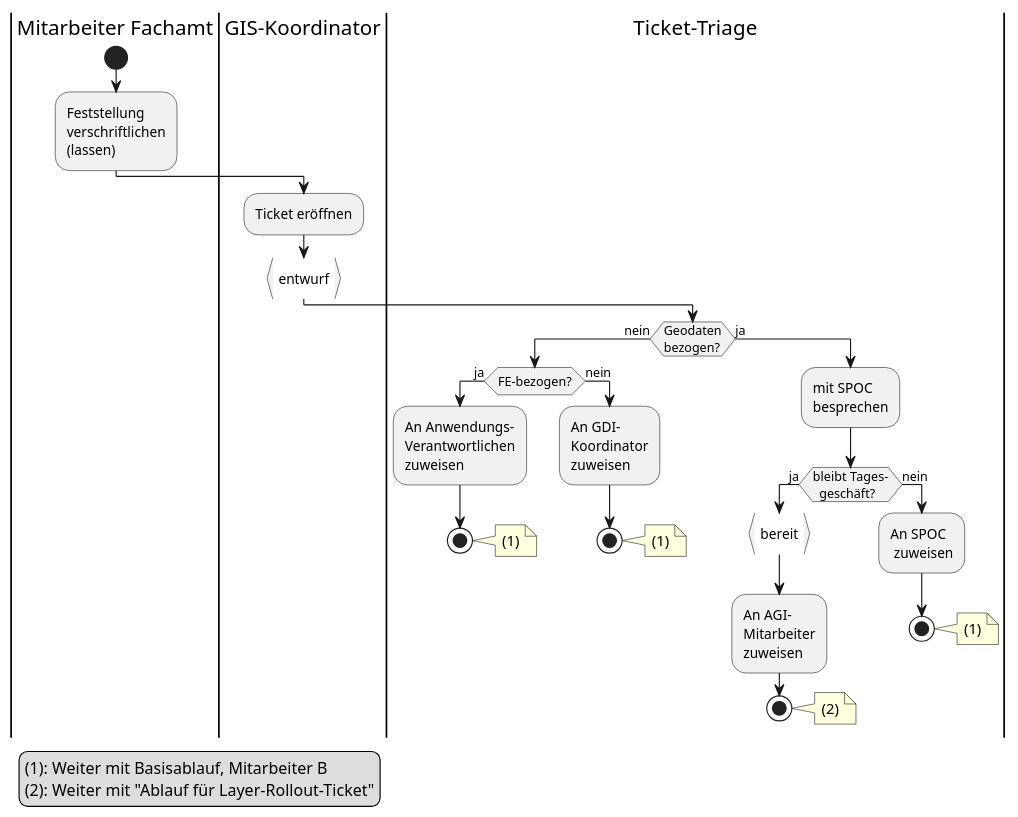
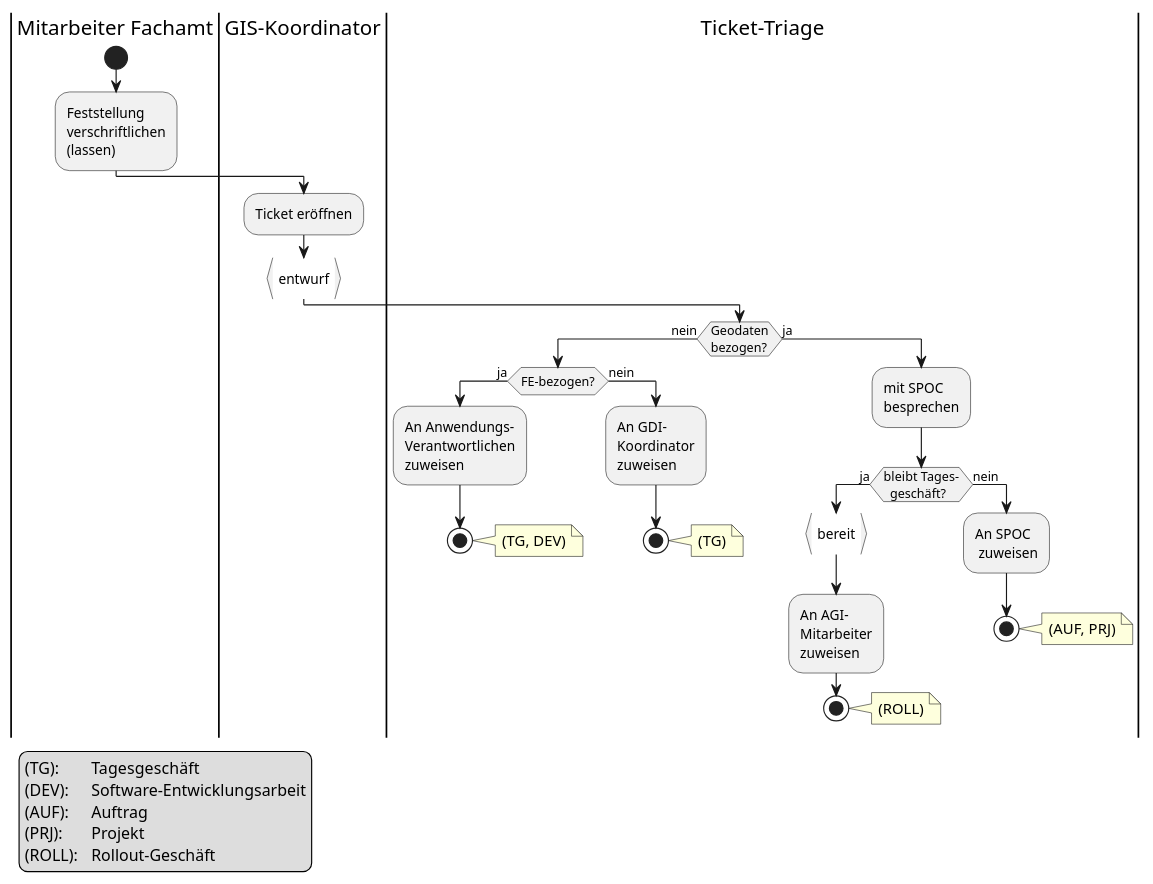
Before and after one commit to ojeker/docktick: the diagram in dok/puml/src/flow_triage.puml, drawn with PlantUML.

Commit message:
Flow clarifications

```diff
--- a/dok/puml/src/flow_triage.puml
+++ b/dok/puml/src/flow_triage.puml
@@ -1,57 +1,60 @@
 @startuml
 |Mitarbeiter Fachamt|
 start
 :Feststellung
 verschriftlichen
 (lassen);
 |GIS-Koordinator|
 :Ticket eröffnen;
 :entwurf}
 |Ticket-Triage|
 if (Geodaten
 bezogen?) then (nein)
   if (FE-bezogen?) then (ja)
     :An Anwendungs-
     Verantwortlichen
     zuweisen;
     stop
     note right
-    	(1)
+    	(TG, DEV)
     end note
   else (nein)
     :An GDI-
     Koordinator
     zuweisen;
     stop
     note right
-    	(1)
+    	(TG)
     end note
   endif
 else (ja)
   :mit SPOC
   besprechen;
   if (bleibt Tages-
   geschäft?) then (ja)
     :bereit}
     :An AGI-
     Mitarbeiter
     zuweisen;
     stop
     note right
-    	(2)
+    	(ROLL)
     end note
   else (nein)
     |Ticket-Triage|
   	:An SPOC
     zuweisen;
     stop
     note right
-    	(1)
+    	(AUF, PRJ)
     end note
   endif
 endif
 legend left
-  (1): Weiter mit Basisablauf, Mitarbeiter B
-  (2): Weiter mit "Ablauf für Layer-Rollout-Ticket"
+  (TG): 	Tagesgeschäft
+  (DEV):	Software-Entwicklungsarbeit
+  (AUF):	Auftrag
+  (PRJ):	Projekt
+  (ROLL):	Rollout-Geschäft
 end legend
 @enduml
```
